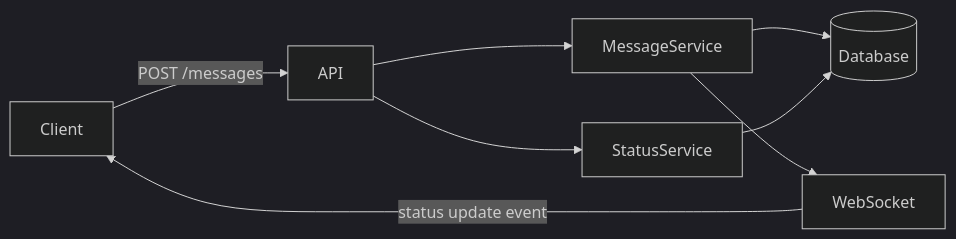
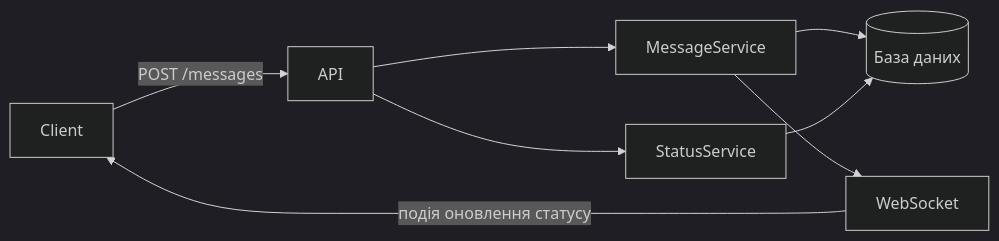
The first of 3 diagrams in lab1_variant2.md (IlliaPiven8539502/Lab_1), drawn with Mermaid (dark theme) before and after one commit. The commit also changed other lines of this file, not shown here.

````diff
--- a/lab1_variant2.md
+++ b/lab1_variant2.md
@@ -20,10 +20,10 @@
 ```mermaid
 graph LR
   Client -->|POST /messages| API
   API --> MessageService
   API --> StatusService
-  MessageService --> DB[(Database)]
+  MessageService --> DB[(База даних)]
   MessageService --> WebSocket
   StatusService --> DB
-  WebSocket -->|status update event| Client
+  WebSocket -->|подія оновлення статусу| Client
 ```
````
